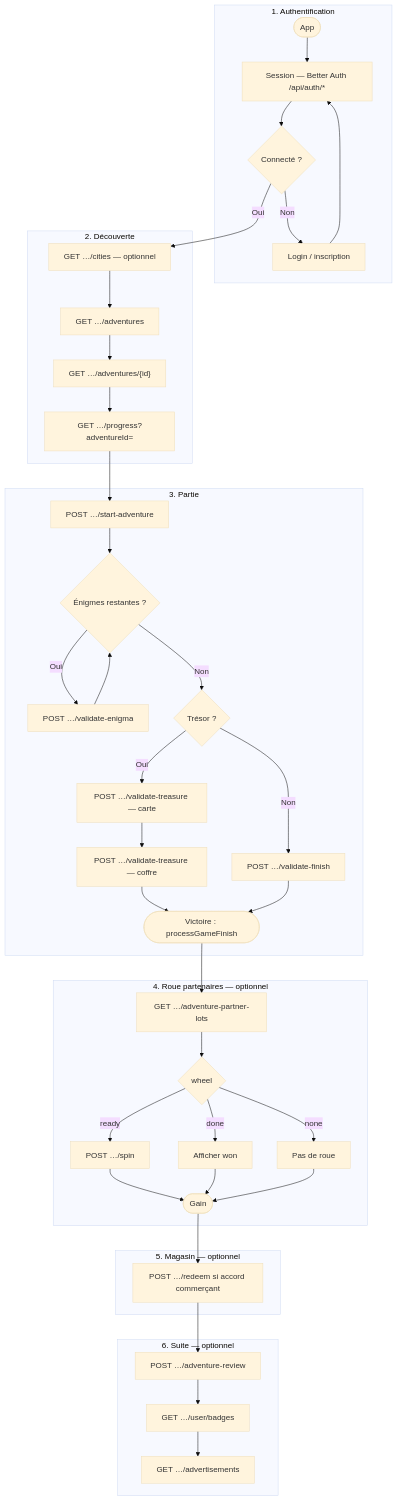
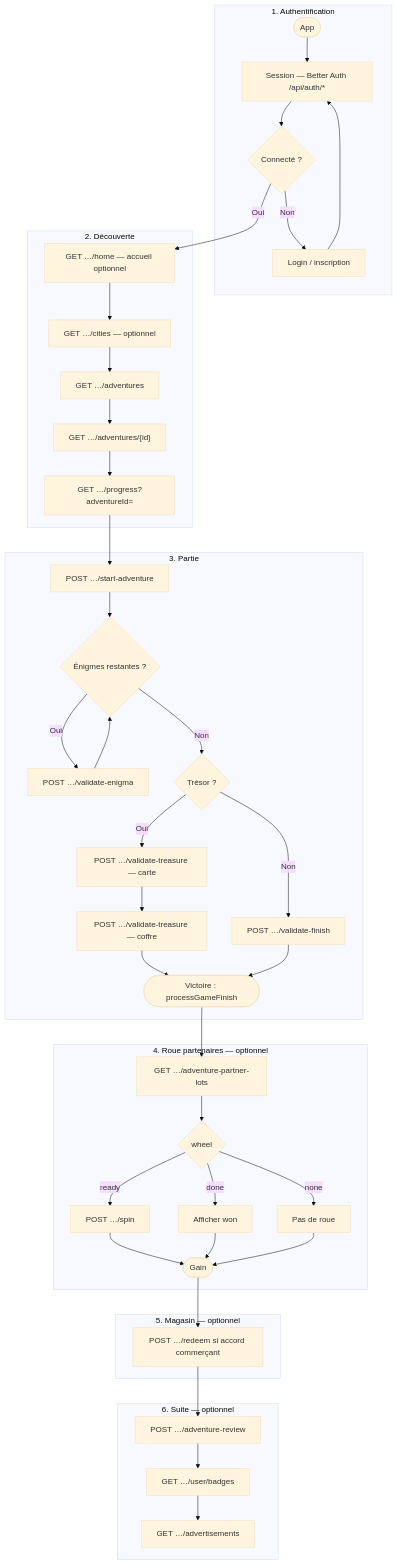
Before and after one commit to Julien-loluweb-88/grand-est-aventure: the diagram in docs/flux-api-et-jeu.md, drawn with Mermaid (base theme). The commit also changed other lines of this file and 9 other files, not shown here.

````diff
--- a/docs/flux-api-et-jeu.md
+++ b/docs/flux-api-et-jeu.md
@@ -106,53 +112,54 @@
 ```mermaid
 flowchart TB
   subgraph auth["1. Authentification"]
     A1(["App"]) --> A2["Session — Better Auth /api/auth/*"]
     A2 --> A3{Connecté ?}
     A3 -->|Non| A4["Login / inscription"]
     A4 --> A2
   end
 
   subgraph discover["2. Découverte"]
-    D1["GET …/cities — optionnel"]
+    D0["GET …/home — accueil optionnel"]
+    D0 --> D1["GET …/cities — optionnel"]
     D1 --> D2["GET …/adventures"]
     D2 --> D3["GET …/adventures/{id}"]
     D3 --> D4["GET …/progress?adventureId="]
   end
 
   subgraph play["3. Partie"]
     P0["POST …/start-adventure"]
     P0 --> P1{"Énigmes restantes ?"}
     P1 -->|Oui| P2["POST …/validate-enigma"]
     P2 --> P1
     P1 -->|Non| PT{Trésor ?}
     PT -->|Non| PF["POST …/validate-finish"]
     PT -->|Oui| PM1["POST …/validate-treasure — carte"]
     PM1 --> PM2["POST …/validate-treasure — coffre"]
     PM2 --> PV(["Victoire : processGameFinish"])
     PF --> PV
   end
 
   subgraph wheel["4. Roue partenaires — optionnel"]
     PV --> W1["GET …/adventure-partner-lots"]
     W1 --> W2{wheel}
     W2 -->|ready| W3["POST …/spin"]
     W2 -->|done| W4["Afficher won"]
     W2 -->|none| W5["Pas de roue"]
     W3 --> W6(["Gain"])
     W4 --> W6
     W5 --> W6
   end
 
   subgraph shop["5. Magasin — optionnel"]
     W6 --> R1["POST …/redeem si accord commerçant"]
   end
 
   subgraph post["6. Suite — optionnel"]
     R1 --> X1["POST …/adventure-review"]
     X1 --> X2["GET …/user/badges"]
     X2 --> X3["GET …/advertisements"]
   end
 
-  A3 -->|Oui| D1
+  A3 -->|Oui| D0
   D4 --> P0
 ```
````
